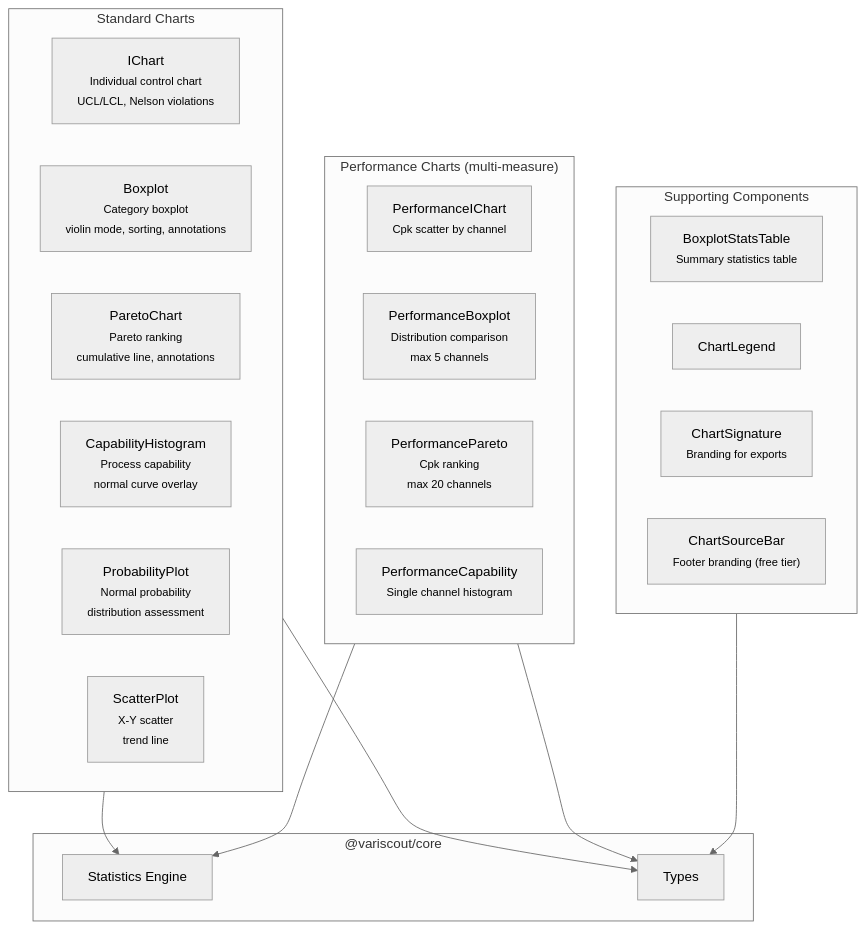
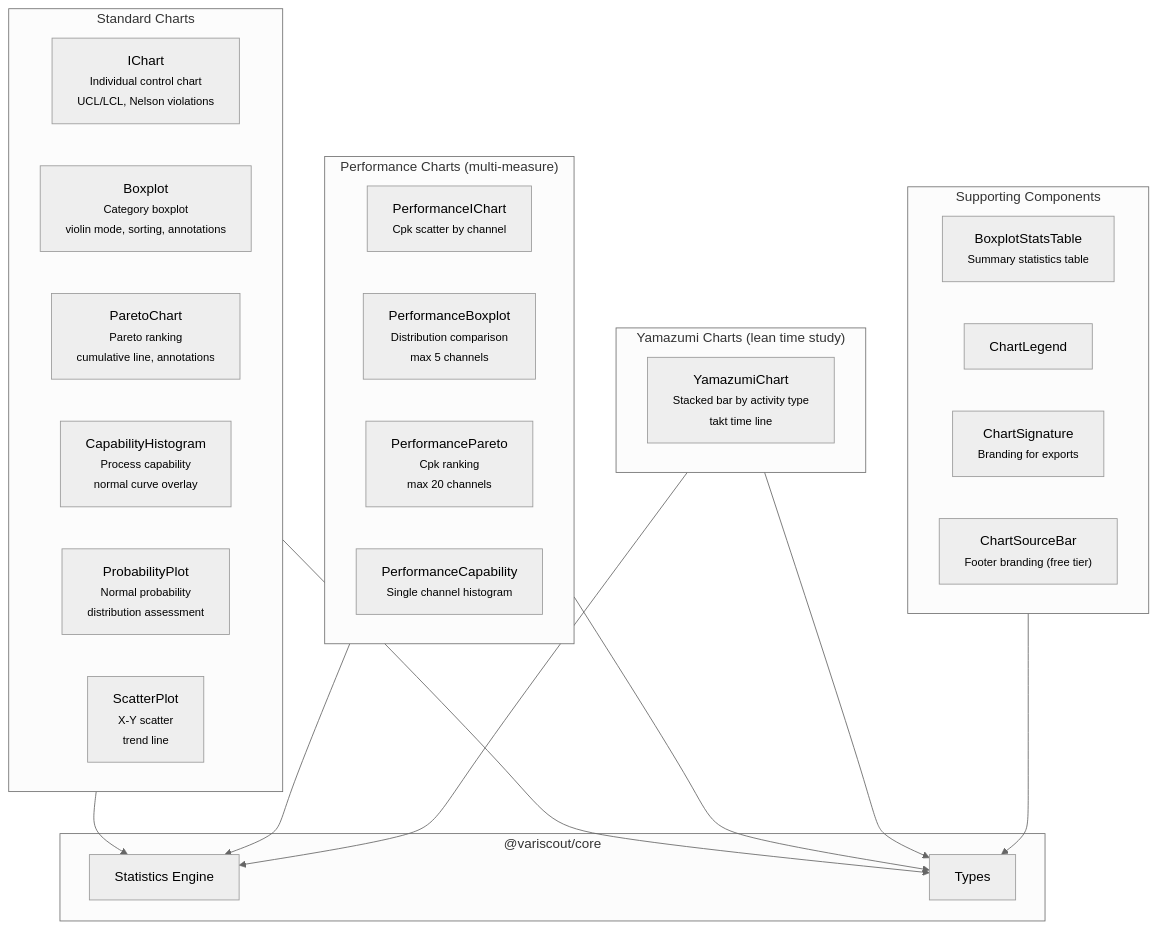
One commit to jukka-matti/variscout changed the third of 8 diagrams in docs/05-technical/architecture/component-map.md. Above: the diagram before and after it, drawn with Mermaid (neutral theme). The commit also changed other lines of this file and 6 other files, not shown here.

First line of the commit message:
fix: close Yamazumi detection gaps in paste/upload flows and docs

````diff
--- a/docs/05-technical/architecture/component-map.md
+++ b/docs/05-technical/architecture/component-map.md
@@ -122,36 +122,42 @@
 ```mermaid
 flowchart TB
     subgraph standard["Standard Charts"]
         ichart["IChart<br/><small>Individual control chart<br/>UCL/LCL, Nelson violations</small>"]
         boxplot["Boxplot<br/><small>Category boxplot<br/>violin mode, sorting, annotations</small>"]
         pareto["ParetoChart<br/><small>Pareto ranking<br/>cumulative line, annotations</small>"]
         capability["CapabilityHistogram<br/><small>Process capability<br/>normal curve overlay</small>"]
         probability["ProbabilityPlot<br/><small>Normal probability<br/>distribution assessment</small>"]
         scatter["ScatterPlot<br/><small>X-Y scatter<br/>trend line</small>"]
     end
 
     subgraph performance["Performance Charts (multi-measure)"]
         perf_ichart["PerformanceIChart<br/><small>Cpk scatter by channel</small>"]
         perf_boxplot["PerformanceBoxplot<br/><small>Distribution comparison<br/>max 5 channels</small>"]
         perf_pareto["PerformancePareto<br/><small>Cpk ranking<br/>max 20 channels</small>"]
         perf_capability["PerformanceCapability<br/><small>Single channel histogram</small>"]
     end
 
+    subgraph yamazumi["Yamazumi Charts (lean time study)"]
+        yam_chart["YamazumiChart<br/><small>Stacked bar by activity type<br/>takt time line</small>"]
+    end
+
     subgraph supporting["Supporting Components"]
         stats_table["BoxplotStatsTable<br/><small>Summary statistics table</small>"]
         legend["ChartLegend"]
         signature["ChartSignature<br/><small>Branding for exports</small>"]
         sourcebar["ChartSourceBar<br/><small>Footer branding (free tier)</small>"]
     end
 
     subgraph deps["@variscout/core"]
         core_stats["Statistics Engine"]
         core_types["Types"]
     end
 
     standard --> core_types
     standard --> core_stats
     performance --> core_types
     performance --> core_stats
+    yamazumi --> core_types
+    yamazumi --> core_stats
     supporting --> core_types
 ```
````
